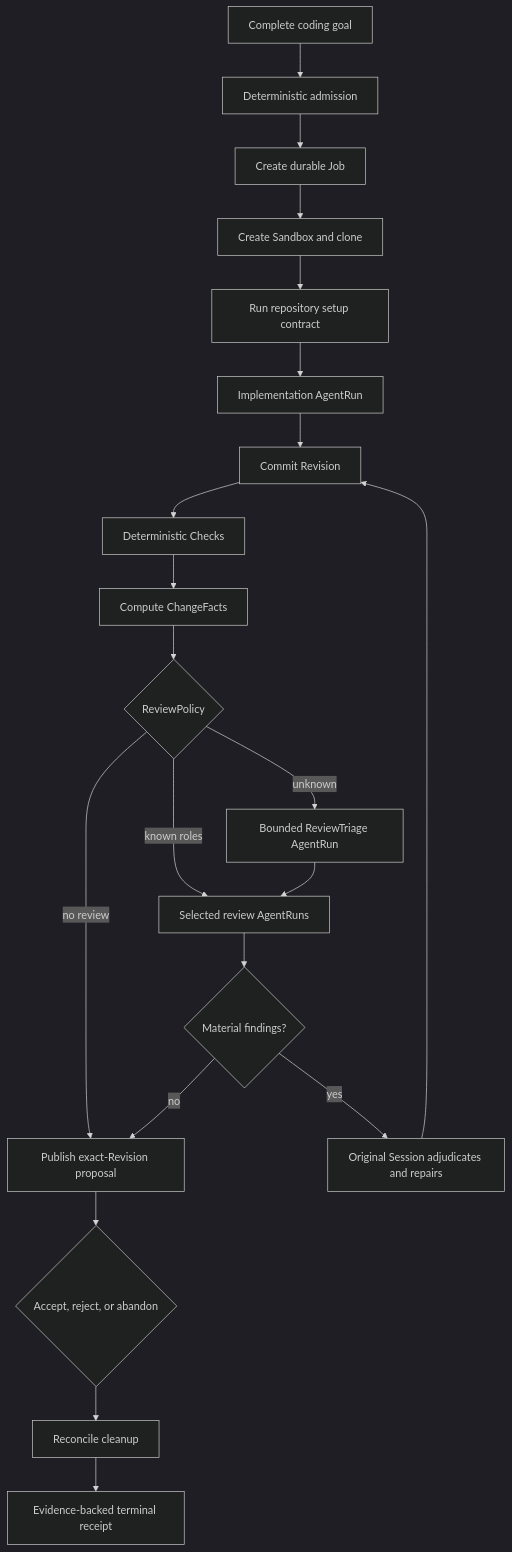
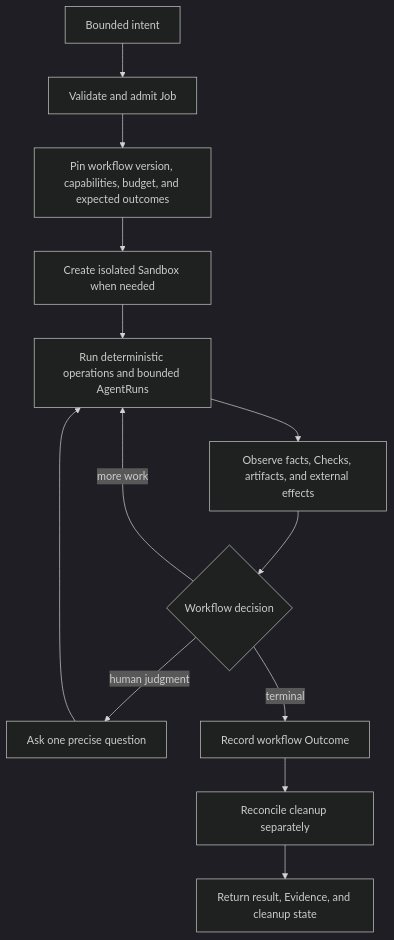
One commit to aphronio/dorf changed the diagram in docs/project/north-star.md. Above: the diagram before and after it, drawn with Mermaid (dark theme). The commit also changed other lines of this file and 205 other files, not shown here.

First line of the commit message:
Rebuild Dorf as a durable Go + Absurd coding workflow (#93)

````diff
--- a/docs/project/north-star.md
+++ b/docs/project/north-star.md
@@ -37,23 +72,15 @@
 ```mermaid
 flowchart TD
-    Intent["Complete coding goal"] --> Admit["Deterministic admission"]
-    Admit --> Job["Create durable Job"]
-    Job --> Sandbox["Create Sandbox and clone"]
-    Sandbox --> Setup["Run repository setup contract"]
-    Setup --> Implement["Implementation AgentRun"]
-    Implement --> Revision["Commit Revision"]
-    Revision --> Checks["Deterministic Checks"]
-    Checks --> Facts["Compute ChangeFacts"]
-    Facts --> Policy{"ReviewPolicy"}
-    Policy -->|"known roles"| Reviews["Selected review AgentRuns"]
-    Policy -->|"unknown"| Triage["Bounded ReviewTriage AgentRun"]
-    Triage --> Reviews
-    Policy -->|"no review"| Proposal
-    Reviews --> Findings{"Material findings?"}
-    Findings -->|"yes"| Repair["Original Session adjudicates and repairs"]
-    Repair --> Revision
-    Findings -->|"no"| Proposal["Publish exact-Revision proposal"]
-    Proposal --> Outcome{"Accept, reject, or abandon"}
-    Outcome --> Cleanup["Reconcile cleanup"]
-    Cleanup --> Receipt["Evidence-backed terminal receipt"]
+    Intent["Bounded intent"] --> Admit["Validate and admit Job"]
+    Admit --> Contract["Pin workflow version, capabilities, budget, and expected outcomes"]
+    Contract --> Sandbox["Create isolated Sandbox when needed"]
+    Sandbox --> Work["Run deterministic operations and bounded AgentRuns"]
+    Work --> Observe["Observe facts, Checks, artifacts, and external effects"]
+    Observe --> Decide{"Workflow decision"}
+    Decide -->|"more work"| Work
+    Decide -->|"human judgment"| Attention["Ask one precise question"]
+    Attention --> Work
+    Decide -->|"terminal"| Outcome["Record workflow Outcome"]
+    Outcome --> Cleanup["Reconcile cleanup separately"]
+    Cleanup --> Receipt["Return result, Evidence, and cleanup state"]
 ```
````
